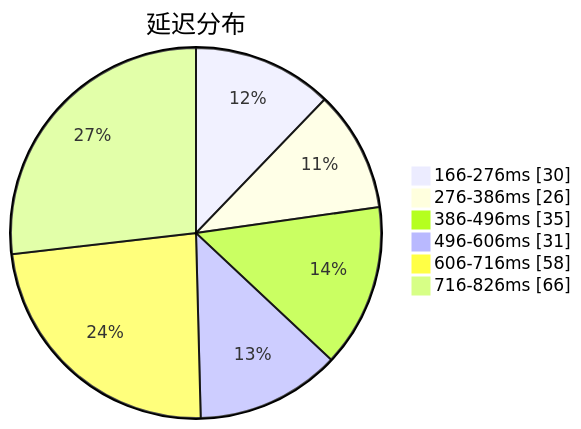
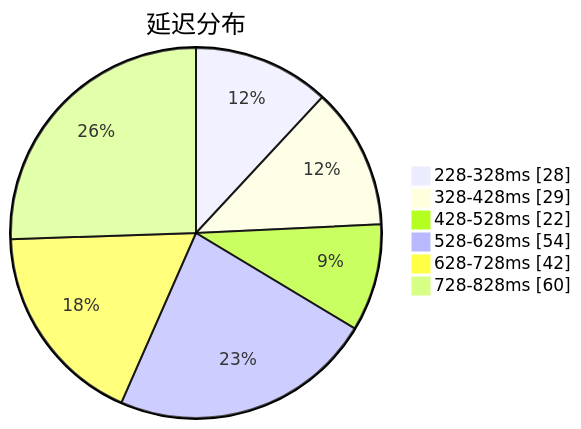
The first of 3 diagrams in subs/statistics/tested_within.md (qjlxg/airport), drawn with Mermaid before and after one commit. The commit also changed other lines of this file and 2 other files, not shown here.

````diff
--- a/subs/statistics/tested_within.md
+++ b/subs/statistics/tested_within.md
@@ -2,10 +2,10 @@
 ```mermaid
 pie showData
 title 延迟分布
-"166-276ms" : 30
-"276-386ms" : 26
-"386-496ms" : 35
-"496-606ms" : 31
-"606-716ms" : 58
-"716-826ms" : 66
+"228-328ms" : 28
+"328-428ms" : 29
+"428-528ms" : 22
+"528-628ms" : 54
+"628-728ms" : 42
+"728-828ms" : 60
 ```
````
